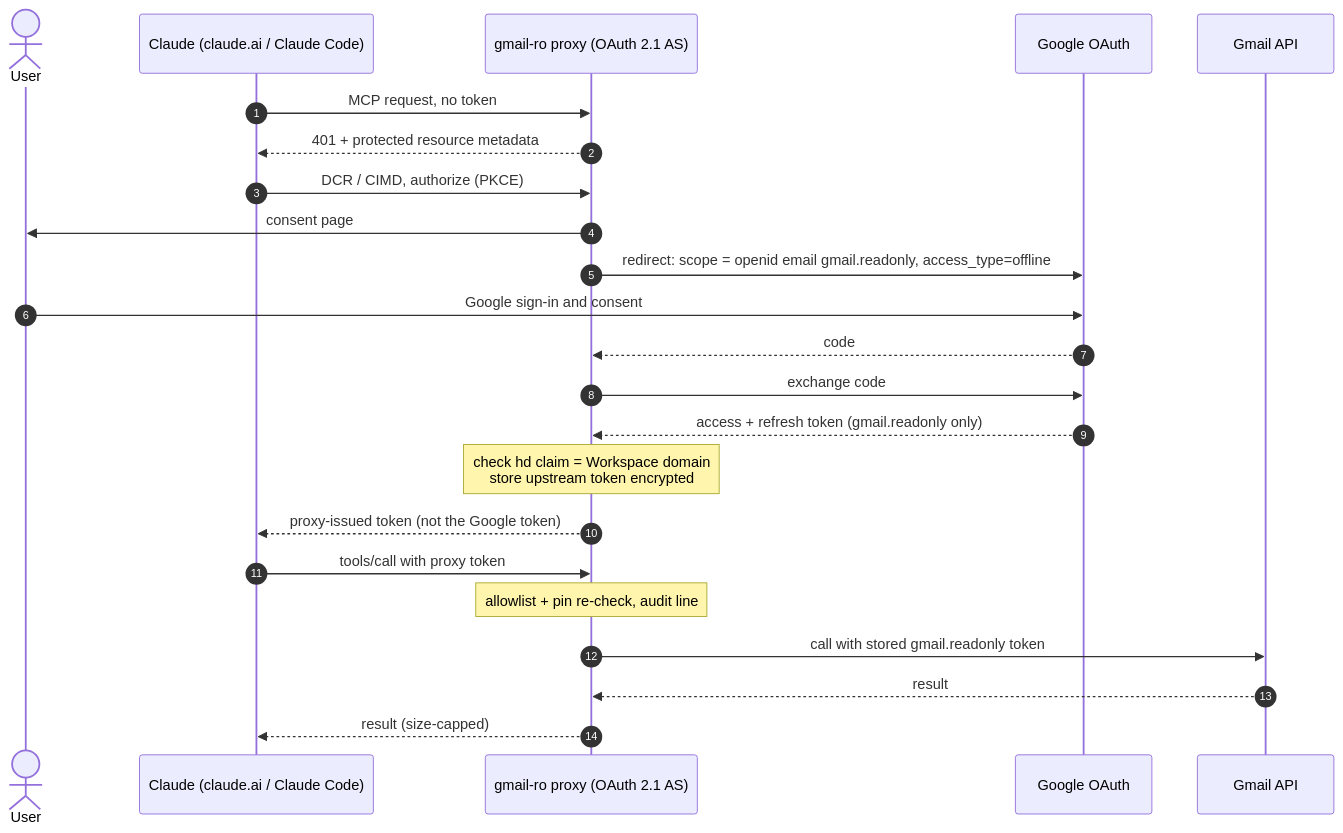
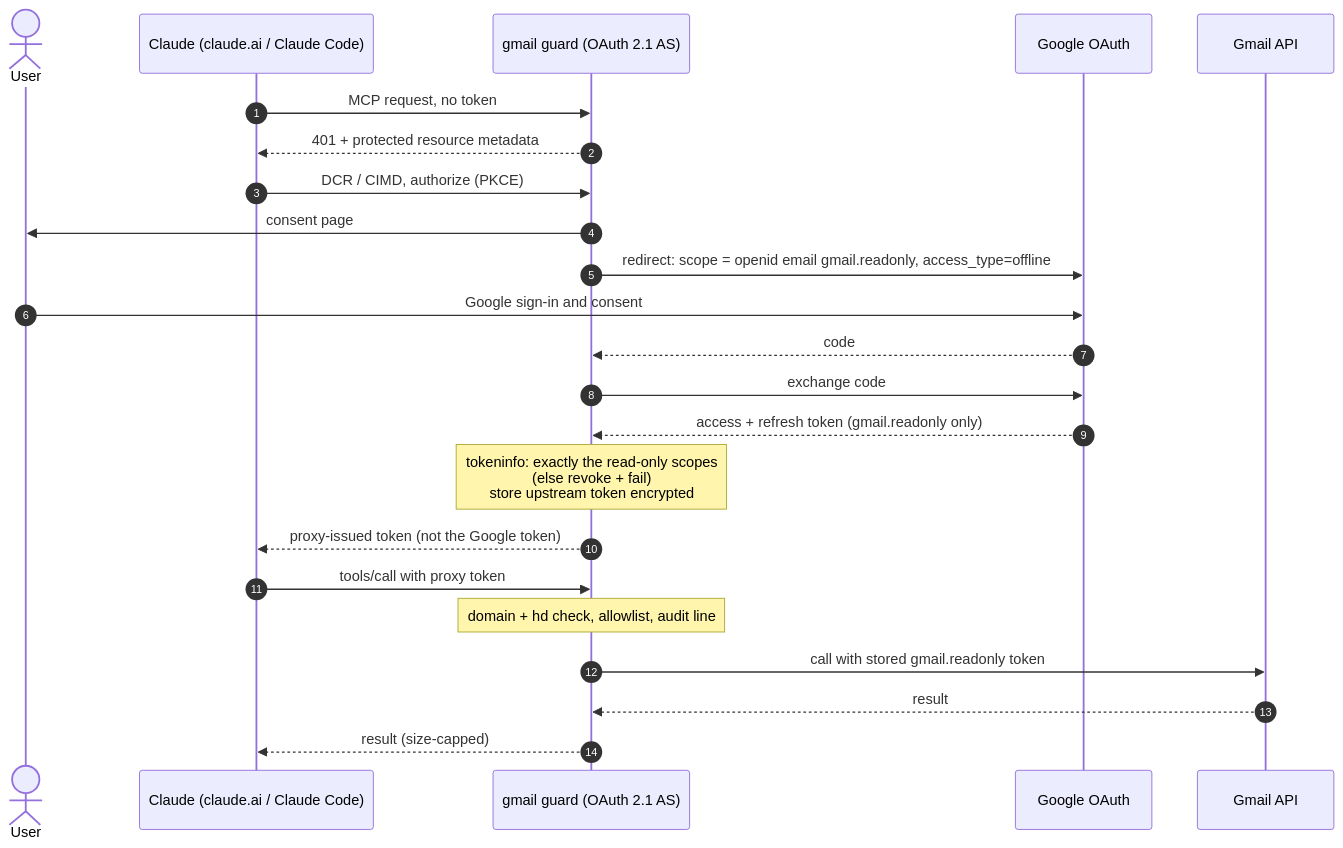
Before and after one commit to rokasce/mcp-readonly-proxies: the second of 4 diagrams in docs/proxy-design.md, drawn with Mermaid. The commit also changed other lines of this file and 17 other files, not shown here.

````diff
--- a/docs/proxy-design.md
+++ b/docs/proxy-design.md
@@ -92,26 +87,26 @@
 ```mermaid
 sequenceDiagram
   autonumber
   actor U as User
   participant C as Claude (claude.ai / Claude Code)
-  participant P as gmail-ro proxy (OAuth 2.1 AS)
+  participant P as gmail guard (OAuth 2.1 AS)
   participant G as Google OAuth
   participant API as Gmail API
 
   C->>P: MCP request, no token
   P-->>C: 401 + protected resource metadata
   C->>P: DCR / CIMD, authorize (PKCE)
   P->>U: consent page
   P->>G: redirect: scope = openid email gmail.readonly, access_type=offline
   U->>G: Google sign-in and consent
   G-->>P: code
   P->>G: exchange code
   G-->>P: access + refresh token (gmail.readonly only)
-  Note over P: check hd claim = Workspace domain<br/>store upstream token encrypted
+  Note over P: tokeninfo: exactly the read-only scopes<br/>(else revoke + fail)<br/>store upstream token encrypted
   P-->>C: proxy-issued token (not the Google token)
   C->>P: tools/call with proxy token
-  Note over P: allowlist + pin re-check, audit line
+  Note over P: domain + hd check, allowlist, audit line
   P->>API: call with stored gmail.readonly token
   API-->>P: result
   P-->>C: result (size-capped)
 ```
````
